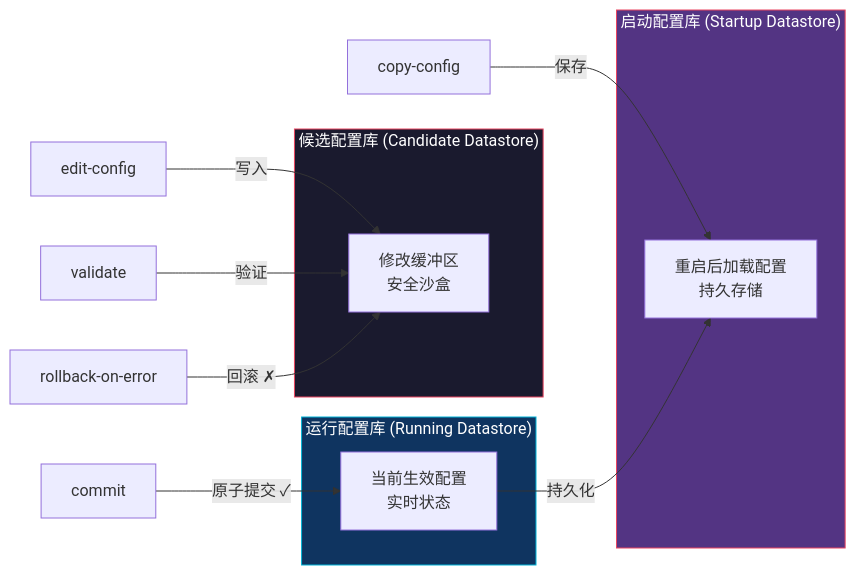
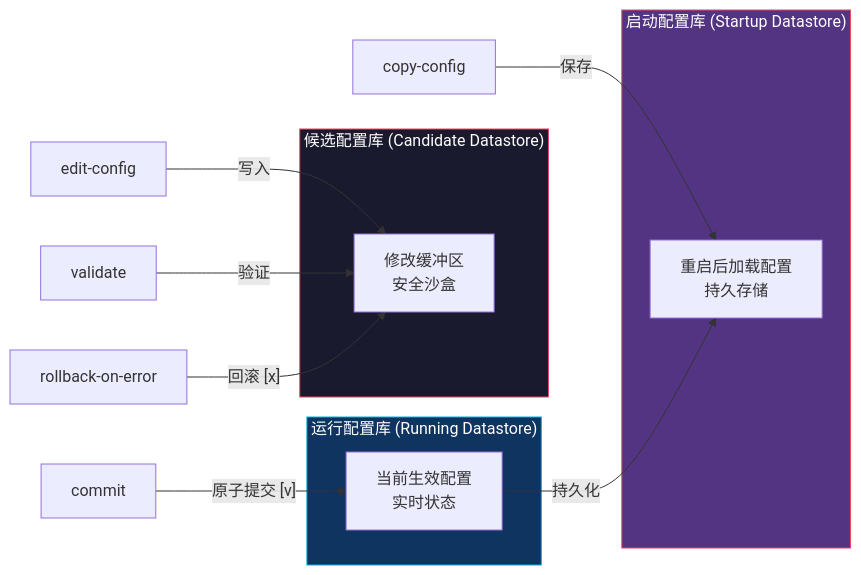
Before and after one commit to SKT-Shurima/NetworkMastery: the third of 6 diagrams in docs/guide/automation/netconf-yang.md, drawn with Mermaid. The commit also changed other lines of this file and 54 other files, not shown here.

````diff
--- a/docs/guide/automation/netconf-yang.md
+++ b/docs/guide/automation/netconf-yang.md
@@ -143,25 +143,25 @@
 ```mermaid
 flowchart LR
     subgraph Candidate ["候选配置库 (Candidate Datastore)"]
         C["修改缓冲区<br/>安全沙盒"]
     end
 
     subgraph Running ["运行配置库 (Running Datastore)"]
         R["当前生效配置<br/>实时状态"]
     end
 
     subgraph Startup ["启动配置库 (Startup Datastore)"]
         S["重启后加载配置<br/>持久存储"]
     end
 
     EDIT["edit-config"] -->|"写入"| C
     VALIDATE["validate"] -->|"验证"| C
-    COMMIT["commit"] -->|"原子提交 ✓"| R
-    ROLLBACK["rollback-on-error"] -->|"回滚 ✗"| C
+    COMMIT["commit"] -->|"原子提交 [v]"| R
+    ROLLBACK["rollback-on-error"] -->|"回滚 [x]"| C
     COPY["copy-config"] -->|"保存"| S
     R -->|"持久化"| S
 
     style Candidate fill:#1a1a2e,stroke:#e94560,color:#fff
     style Running fill:#0f3460,stroke:#00b4d8,color:#fff
     style Startup fill:#533483,stroke:#e94560,color:#fff
 ```
````
